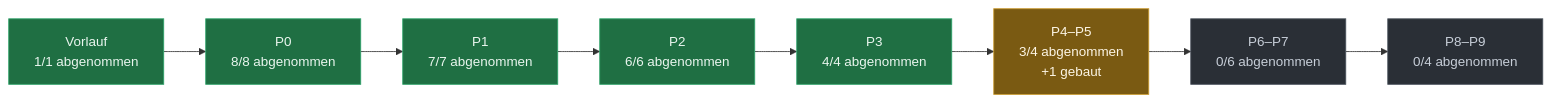
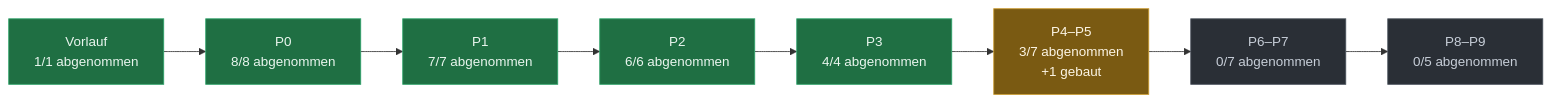
The diagram in docs/PLAN-STAND.md (evenacadia-tech/Nakama), drawn with Mermaid before and after one commit. The commit also changed other lines of this file, not shown here.

First line of the commit message:
Planstand: Quellstand e47fc545 (29 von 45 abgenommen, Als Naechstes: Nacharbeit an G5)

````diff
--- a/docs/PLAN-STAND.md
+++ b/docs/PLAN-STAND.md
@@ -35,21 +35,21 @@
 ```mermaid
 flowchart LR
   P0["Vorlauf<br/>1/1 abgenommen"]:::fertig
   P1["P0<br/>8/8 abgenommen"]:::fertig
   P0 --> P1
   P2["P1<br/>7/7 abgenommen"]:::fertig
   P1 --> P2
   P3["P2<br/>6/6 abgenommen"]:::fertig
   P2 --> P3
   P4["P3<br/>4/4 abgenommen"]:::fertig
   P3 --> P4
-  P5["P4–P5<br/>3/4 abgenommen<br/>+1 gebaut"]:::laeuft
+  P5["P4–P5<br/>3/7 abgenommen<br/>+1 gebaut"]:::laeuft
   P4 --> P5
-  P6["P6–P7<br/>0/6 abgenommen"]:::offen
+  P6["P6–P7<br/>0/7 abgenommen"]:::offen
   P5 --> P6
-  P7["P8–P9<br/>0/4 abgenommen"]:::offen
+  P7["P8–P9<br/>0/5 abgenommen"]:::offen
   P6 --> P7
   classDef fertig fill:#1f6f43,stroke:#2ea36a,color:#eaf6ef
   classDef laeuft fill:#7a5a12,stroke:#c99a2e,color:#fdf6e6
   classDef offen  fill:#2a2f36,stroke:#4a525c,color:#c7ced8
 ```
````
